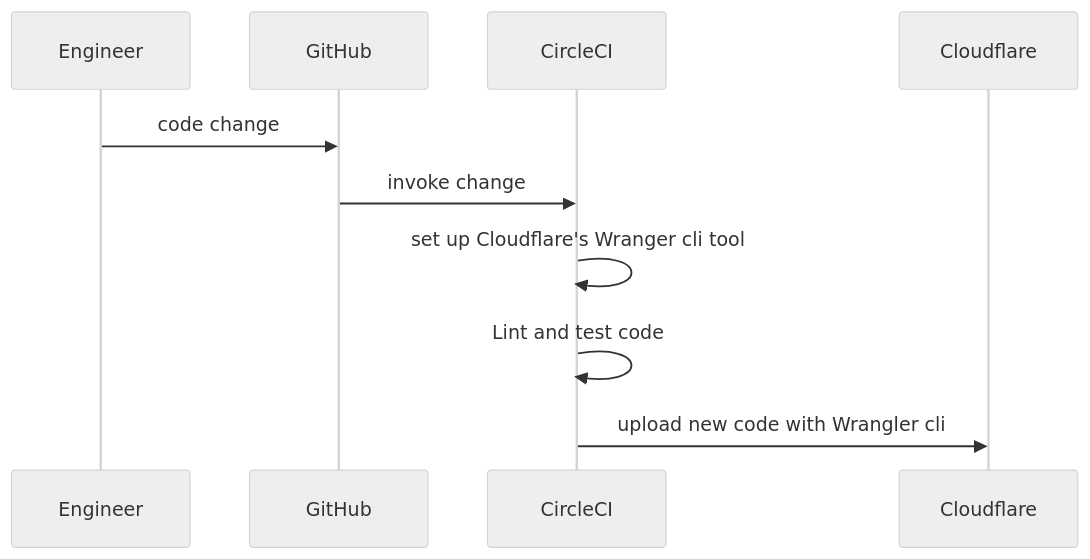
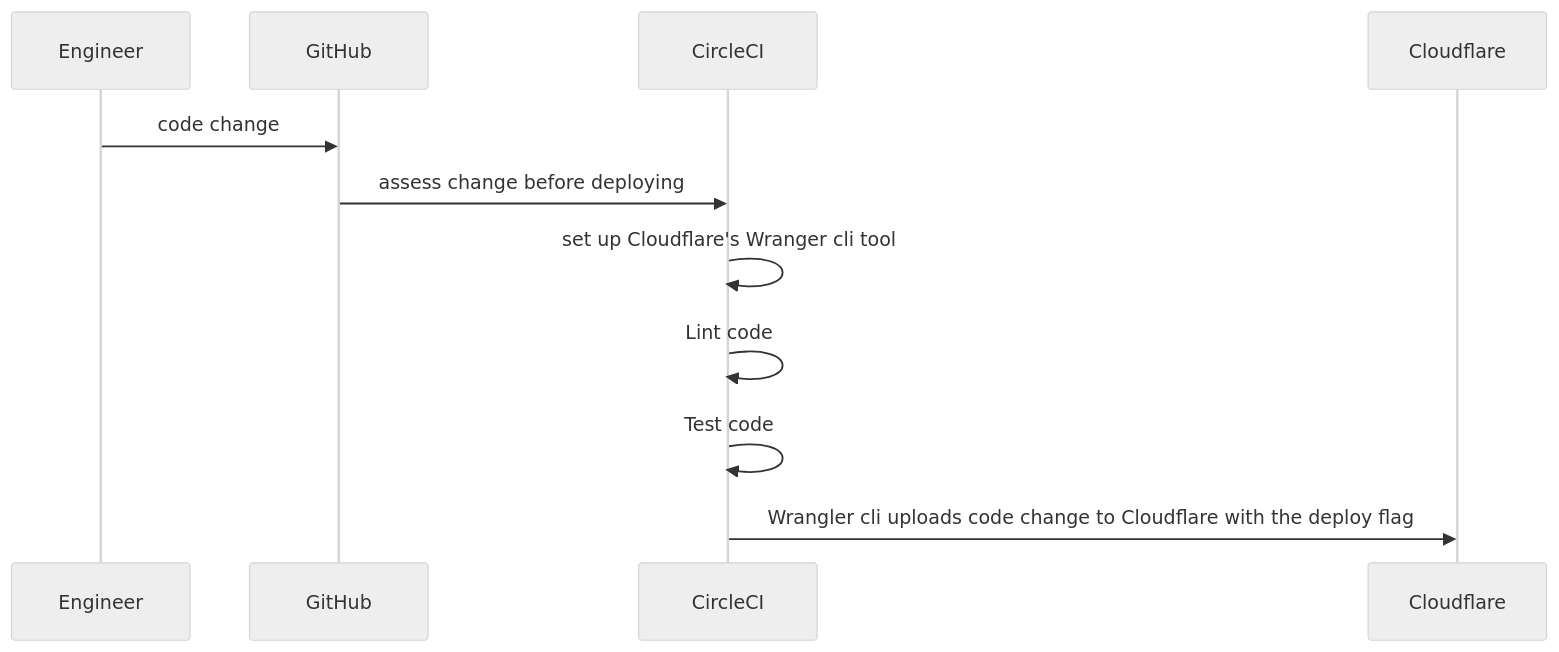
Before and after one commit to Rusty-Magnet-Ltd/cloudflare_worker: the diagram in README.md, drawn with Mermaid (neutral theme). The commit also changed other lines of this file and 1 other file, not shown here.

````diff
--- a/README.md
+++ b/README.md
@@ -111,13 +129,14 @@
 ```mermaid
 sequenceDiagram
 
    participant Engineer
    participant GitHub
    participant CircleCI
    participant Cloudflare
    Engineer->>GitHub: code change
-   GitHub->>CircleCI: invoke change
+   GitHub->>CircleCI: assess change before deploying
    CircleCI->>CircleCI: set up Cloudflare's Wranger cli tool
-   CircleCI->>CircleCI: Lint and test code
-   CircleCI->>Cloudflare: upload new code with Wrangler cli
+   CircleCI->>CircleCI: Lint code
+   CircleCI->>CircleCI: Test code 
+   CircleCI->>Cloudflare: Wrangler cli uploads code change to Cloudflare with the deploy flag
 ```
````
